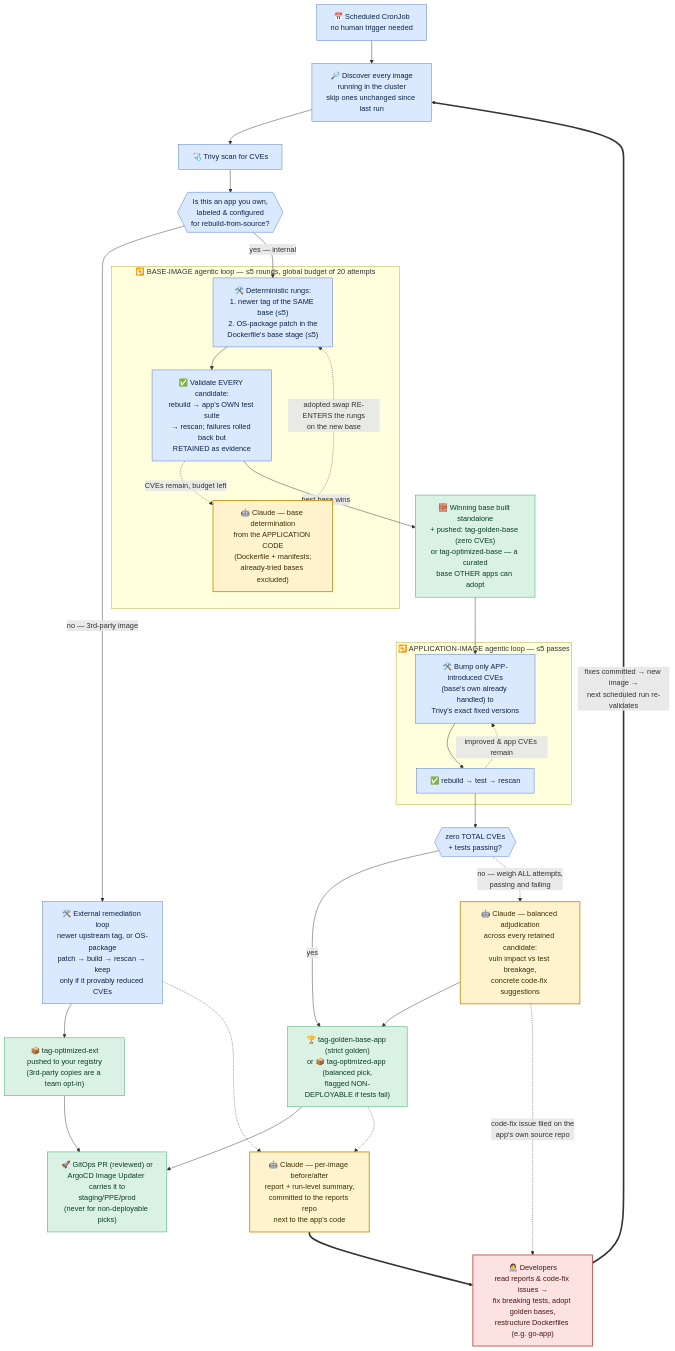
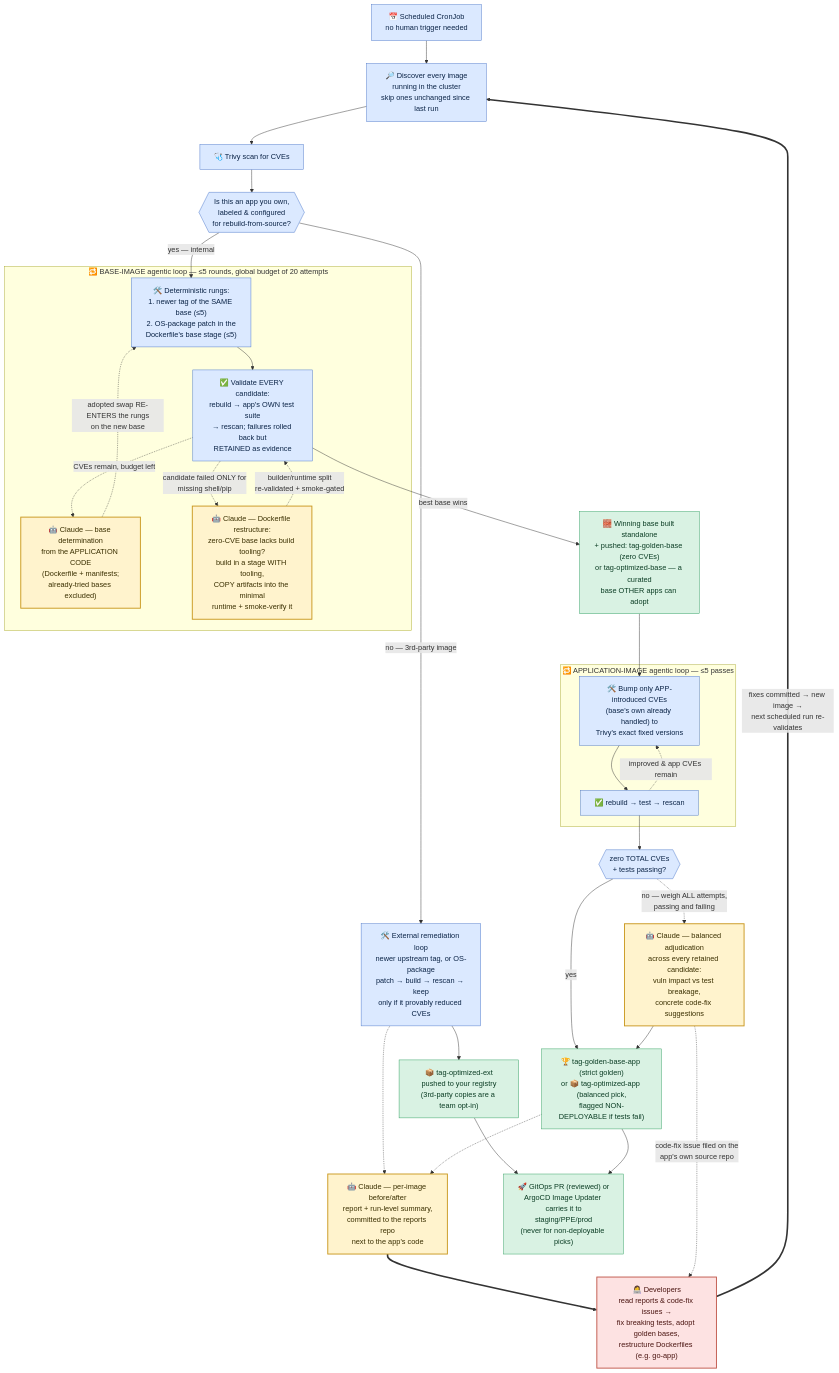
Before and after one commit to sgrsaga/vuln-agent: the diagram in README.md, drawn with Mermaid. The commit also changed other lines of this file and 5 other files, not shown here.

````diff
--- a/README.md
+++ b/README.md
@@ -22,54 +22,57 @@
 ```mermaid
 flowchart TD
     classDef llm fill:#fff3cd,stroke:#c9971e,stroke-width:2px,color:#3a2f00
     classDef det fill:#dbe9ff,stroke:#4a76c9,stroke-width:1px,color:#0b2447
     classDef out fill:#d9f2e3,stroke:#2f9e5f,stroke-width:1px,color:#0b3d24
     classDef ppl fill:#fde2e2,stroke:#c0564a,stroke-width:2px,color:#4a1410
 
     CRON["📅 Scheduled CronJob<br/>no human trigger needed"]:::det
     DISC["🔎 Discover every image<br/>running in the cluster<br/>skip ones unchanged since last run"]:::det
     SCAN["🩺 Trivy scan for CVEs"]:::det
     OWNEDQ{{"Is this an app you own,<br/>labeled & configured<br/>for rebuild-from-source?"}}:::det
     REMED["🛠️ External remediation loop<br/>newer upstream tag, or OS-package<br/>patch → build → rescan → keep<br/>only if it provably reduced CVEs"]:::det
     OPT["📦 tag-optimized-ext<br/>pushed to your registry<br/>(3rd-party copies are a team opt-in)"]:::out
 
     subgraph PHASEA["🔁 BASE-IMAGE agentic loop — ≤5 rounds, global budget of 20 attempts"]
         LADDER["🛠️ Deterministic rungs:<br/>1. newer tag of the SAME base (≤5)<br/>2. OS-package patch in the<br/>Dockerfile's base stage (≤5)"]:::det
         TESTA["✅ Validate EVERY candidate:<br/>rebuild → app's OWN test suite<br/>→ rescan; failures rolled back but<br/>RETAINED as evidence"]:::det
         T2["🤖 Claude — base determination<br/>from the APPLICATION CODE<br/>(Dockerfile + manifests;<br/>already-tried bases excluded)"]:::llm
+        RESTR["🤖 Claude — Dockerfile restructure:<br/>zero-CVE base lacks build tooling?<br/>build in a stage WITH tooling,<br/>COPY artifacts into the minimal<br/>runtime + smoke-verify it"]:::llm
         LADDER --> TESTA
         TESTA -. "CVEs remain, budget left" .-> T2
         T2 -. "adopted swap RE-ENTERS the rungs<br/>on the new base" .-> LADDER
+        TESTA -. "candidate failed ONLY for<br/>missing shell/pip" .-> RESTR
+        RESTR -. "builder/runtime split<br/>re-validated + smoke-gated" .-> TESTA
     end
 
     BASEART["🧱 Winning base built standalone<br/>+ pushed: tag-golden-base (zero CVEs)<br/>or tag-optimized-base — a curated<br/>base OTHER apps can adopt"]:::out
 
     subgraph PHASEB["🔁 APPLICATION-IMAGE agentic loop — ≤5 passes"]
         DEP["🛠️ Bump only APP-introduced CVEs<br/>(base's own already handled) to<br/>Trivy's exact fixed versions"]:::det
         TESTB["✅ rebuild → test → rescan"]:::det
         DEP --> TESTB
         TESTB -. "improved & app CVEs remain" .-> DEP
     end
 
     OUTQ{{"zero TOTAL CVEs<br/>+ tests passing?"}}:::det
     JUDGE["🤖 Claude — balanced adjudication<br/>across every retained candidate:<br/>vuln impact vs test breakage,<br/>concrete code-fix suggestions"]:::llm
     GOLDEN["🏆 tag-golden-base-app (strict golden)<br/>or 📦 tag-optimized-app (balanced pick,<br/>flagged NON-DEPLOYABLE if tests fail)"]:::out
     SUMMARY["🤖 Claude — per-image before/after<br/>report + run-level summary,<br/>committed to the reports repo<br/>next to the app's code"]:::llm
     DEV["👩‍💻 Developers<br/>read reports & code-fix issues →<br/>fix breaking tests, adopt golden bases,<br/>restructure Dockerfiles (e.g. go-app)"]:::ppl
     PROMO["🚀 GitOps PR (reviewed) or<br/>ArgoCD Image Updater carries it to<br/>staging/PPE/prod<br/>(never for non-deployable picks)"]:::out
 
     CRON --> DISC --> SCAN --> OWNEDQ
     OWNEDQ -->|"no — 3rd-party image"| REMED --> OPT --> PROMO
     OWNEDQ -->|"yes — internal"| LADDER
     TESTA -->|"best base wins"| BASEART
     BASEART --> DEP
     TESTB --> OUTQ
     OUTQ -->|yes| GOLDEN
     OUTQ -. "no — weigh ALL attempts,<br/>passing and failing" .-> JUDGE --> GOLDEN
     GOLDEN --> PROMO
     REMED -.-> SUMMARY
     GOLDEN -.-> SUMMARY
     SUMMARY ==> DEV
     JUDGE -. "code-fix issue filed on the<br/>app's own source repo" .-> DEV
     DEV ==>|"fixes committed → new image →<br/>next scheduled run re-validates"| DISC
 ```
````
